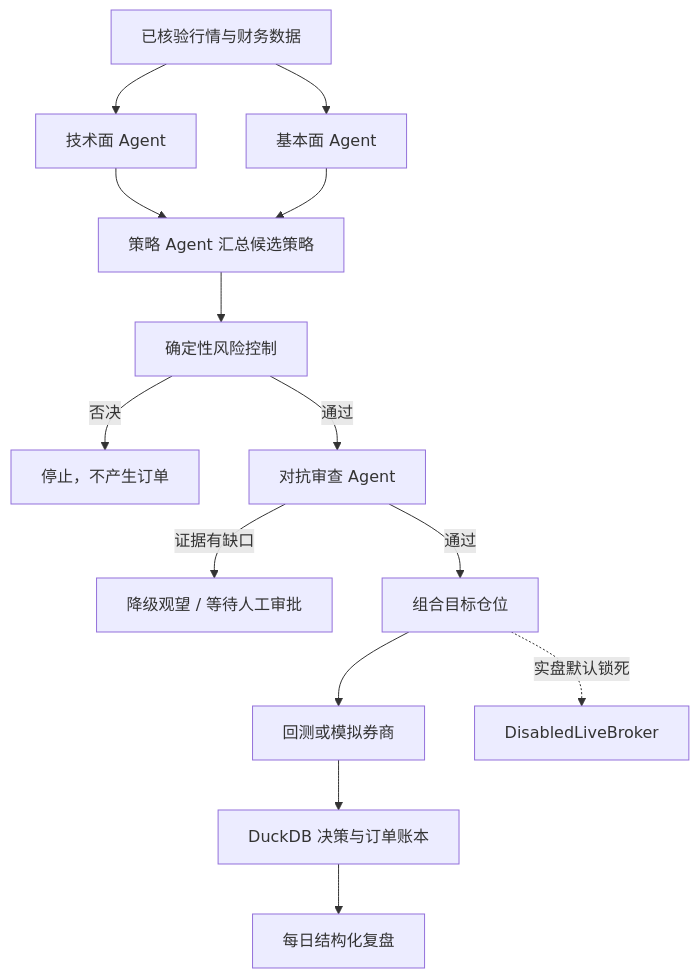
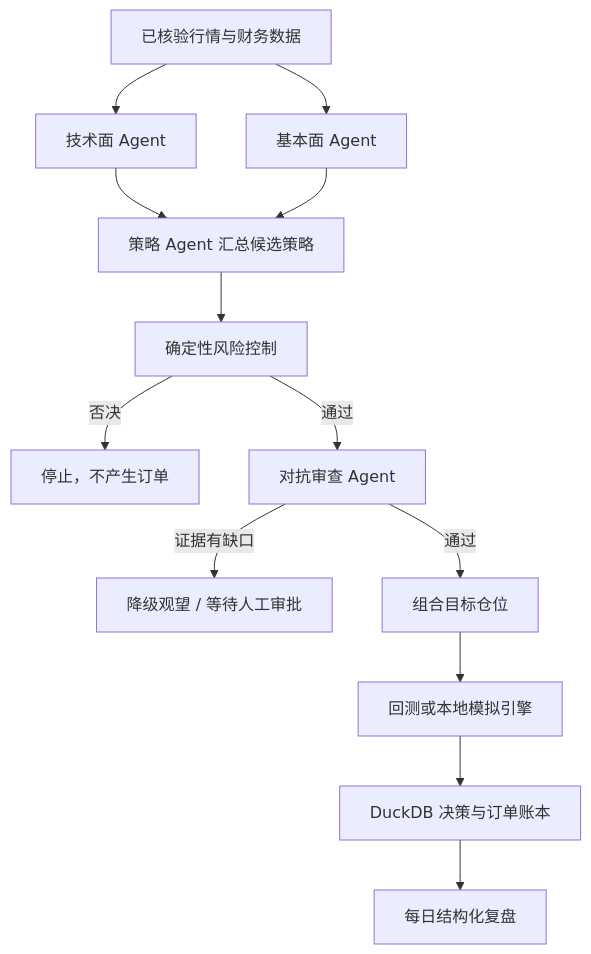
One commit to Shixi216/aiquant-lite changed the diagram in docs/trading-engine.zh-CN.md. Above: the diagram before and after it, drawn with Mermaid. The commit also changed other lines of this file and 559 other files, not shown here.

````diff
--- a/docs/trading-engine.zh-CN.md
+++ b/docs/trading-engine.zh-CN.md
@@ -25,16 +27,15 @@
 ```mermaid
 flowchart TD
     D["已核验行情与财务数据"] --> T["技术面 Agent"]
     D --> F["基本面 Agent"]
     T --> S["策略 Agent 汇总候选策略"]
     F --> S
     S --> R["确定性风险控制"]
     R -->|"否决"| V["停止，不产生订单"]
     R -->|"通过"| A["对抗审查 Agent"]
     A -->|"证据有缺口"| H["降级观望 / 等待人工审批"]
     A -->|"通过"| P["组合目标仓位"]
-    P --> B["回测或模拟券商"]
+    P --> B["回测或本地模拟引擎"]
     B --> J["DuckDB 决策与订单账本"]
     J --> X["每日结构化复盘"]
-    P -. "实盘默认锁死" .-> L["DisabledLiveBroker"]
 ```
````
